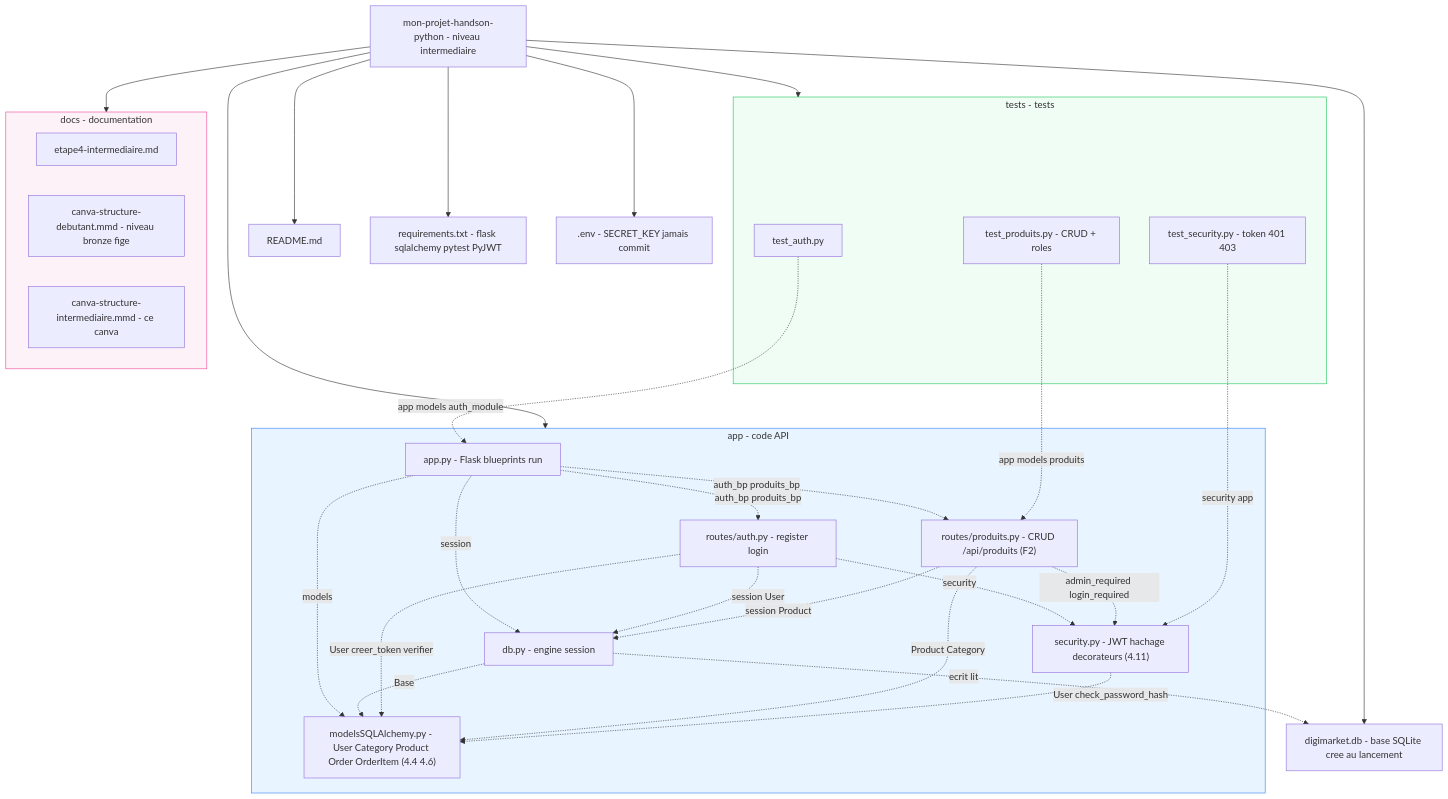
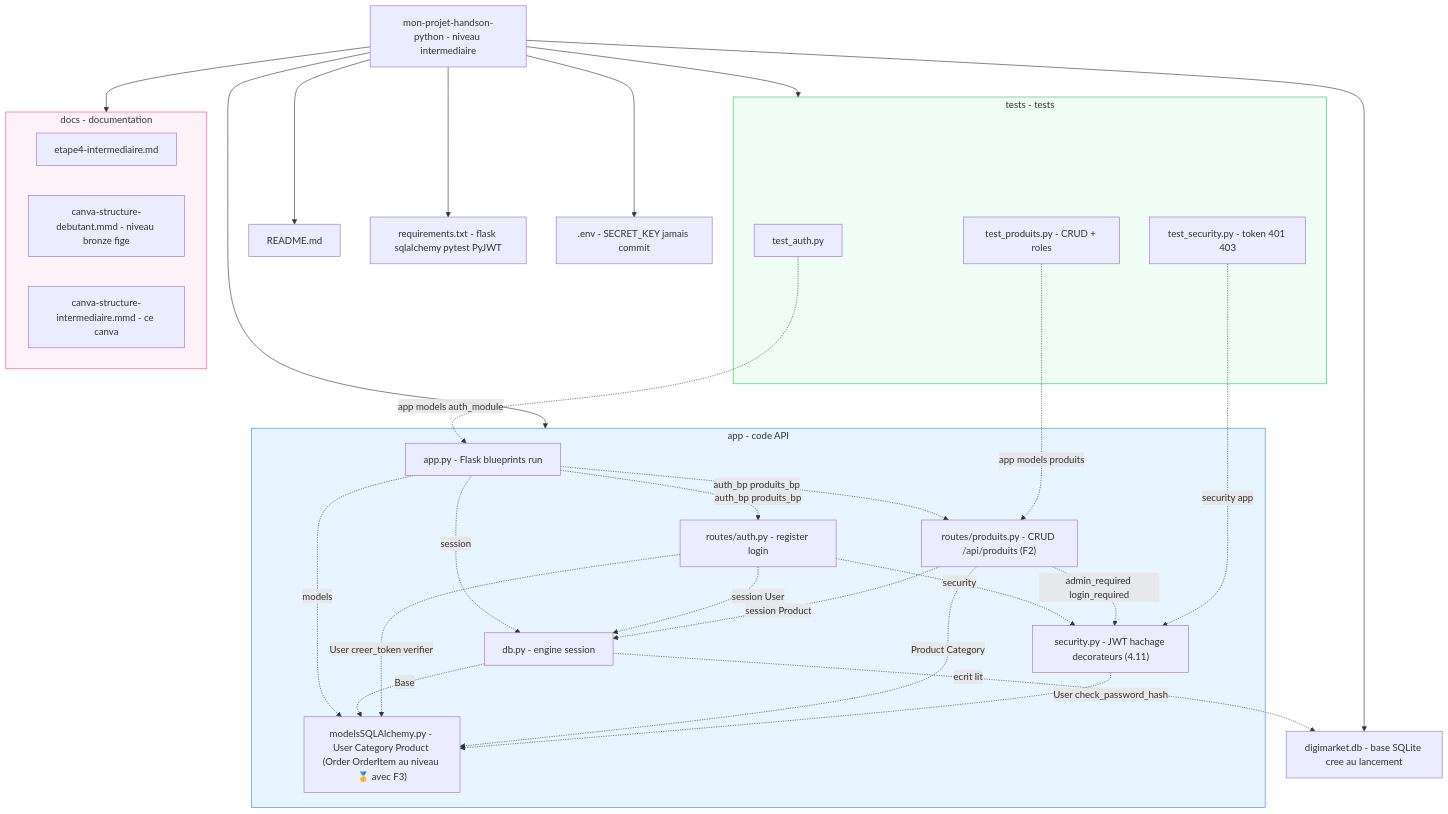
One commit to ericlacombe/mon-projet-handson-python changed the diagram in docs/canva-structure-intermediaire.mmd. Above: the diagram before and after it, drawn with Mermaid.

Commit message:
docs/canva-structure-intermediaire.mmd : retire Order/OrderItem (F3 -> niveau 🥇), canva 🥈 aligné sur etape4

```diff
--- a/docs/canva-structure-intermediaire.mmd
+++ b/docs/canva-structure-intermediaire.mmd
@@ -1,57 +1,57 @@
 %% Canva structure de fichiers - mon-projet-handson-python - NIVEAU INTERMEDIAIRE
 %% Rendu : copier ce bloc sur https://mermaid.live
 %% Legende : fleche pleine = arborescence ; fleche pointillee + texte = import Python (le texte = le nom importe)
 %% Niveau precedent conserve tel quel dans docs/canva-structure-debutant.mmd (jamais ecrase)
 flowchart TB
     ROOT["mon-projet-handson-python - niveau intermediaire"]
 
     ROOT --> README["README.md"]
     ROOT --> REQ["requirements.txt - flask sqlalchemy pytest PyJWT"]
     ROOT --> ENV[".env - SECRET_KEY jamais commit"]
     ROOT --> DBFILE["digimarket.db - base SQLite cree au lancement"]
 
     subgraph APP["app - code API"]
         A_APP["app.py - Flask blueprints run"]
         A_DB["db.py - engine session"]
         A_SEC["security.py - JWT hachage decorateurs (4.11)"]
-        A_MODELS["modelsSQLAlchemy.py - User Category Product Order OrderItem (4.4 4.6)"]
+        A_MODELS["modelsSQLAlchemy.py - User Category Product (Order OrderItem au niveau 🥇 avec F3)"]
         A_AUTH["routes/auth.py - register login"]
         A_PROD["routes/produits.py - CRUD /api/produits (F2)"]
     end
 
     subgraph TESTS["tests - tests"]
         T_AUTH["test_auth.py"]
         T_SEC["test_security.py - token 401 403"]
         T_PROD["test_produits.py - CRUD + roles"]
     end
 
     subgraph DOCS["docs - documentation"]
         D_ET4["etape4-intermediaire.md"]
         D_CANVA_B["canva-structure-debutant.mmd - niveau bronze fige"]
         D_CANVA_I["canva-structure-intermediaire.mmd - ce canva"]
     end
 
     ROOT --> APP
     ROOT --> TESTS
     ROOT --> DOCS
 
     A_APP -.->|auth_bp produits_bp| A_AUTH
     A_APP -.->|auth_bp produits_bp| A_PROD
     A_APP -.->|session| A_DB
     A_APP -.->|models| A_MODELS
     A_DB -.->|Base| A_MODELS
     A_DB -.->|"ecrit lit"| DBFILE
     A_AUTH -.->|session User| A_DB
     A_AUTH -.->|User creer_token verifier| A_MODELS
     A_AUTH -.->|security| A_SEC
     A_PROD -.->|session Product| A_DB
     A_PROD -.->|Product Category| A_MODELS
     A_PROD -.->|admin_required login_required| A_SEC
     A_SEC -.->|User check_password_hash| A_MODELS
     T_AUTH -.->|app models auth_module| A_APP
     T_SEC -.->|security app| A_SEC
     T_PROD -.->|app models produits| A_PROD
 
     style APP fill:#e8f4ff,stroke:#3b82f6
     style TESTS fill:#f0fdf4,stroke:#22c55e
     style DOCS fill:#fdf2f8,stroke:#ec4899
```
